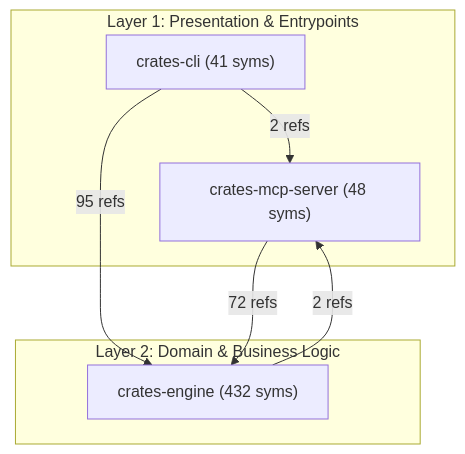
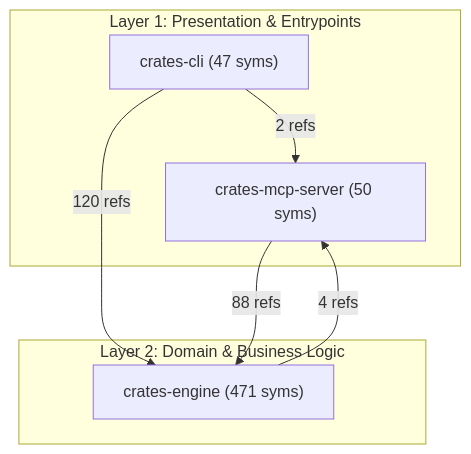
The diagram in docs/ARCHITECTURE.md (MatinBodaghi/repotrim), drawn with Mermaid before and after one commit. The commit also changed other lines of this file and 11 other files, not shown here.

First line of the commit message:
feat: Expose co-edits and learned weights in CLI and MCP

````diff
--- a/docs/ARCHITECTURE.md
+++ b/docs/ARCHITECTURE.md
@@ -21,16 +21,16 @@
 ```mermaid
 flowchart TD
     subgraph Presentation["Layer 1: Presentation & Entrypoints"]
-        subsys_crates_mcp_server["crates-mcp-server (48 syms)"]
-        subsys_crates_cli["crates-cli (41 syms)"]
+        subsys_crates_mcp_server["crates-mcp-server (50 syms)"]
+        subsys_crates_cli["crates-cli (47 syms)"]
     end
 
     subgraph Domain["Layer 2: Domain & Business Logic"]
-        subsys_crates_engine["crates-engine (432 syms)"]
+        subsys_crates_engine["crates-engine (471 syms)"]
     end
 
-    subsys_crates_mcp_server -->|"72 refs"| subsys_crates_engine
-    subsys_crates_cli -->|"95 refs"| subsys_crates_engine
+    subsys_crates_mcp_server -->|"88 refs"| subsys_crates_engine
+    subsys_crates_cli -->|"120 refs"| subsys_crates_engine
     subsys_crates_cli -->|"2 refs"| subsys_crates_mcp_server
-    subsys_crates_engine -->|"2 refs"| subsys_crates_mcp_server
+    subsys_crates_engine -->|"4 refs"| subsys_crates_mcp_server
 ```
````
